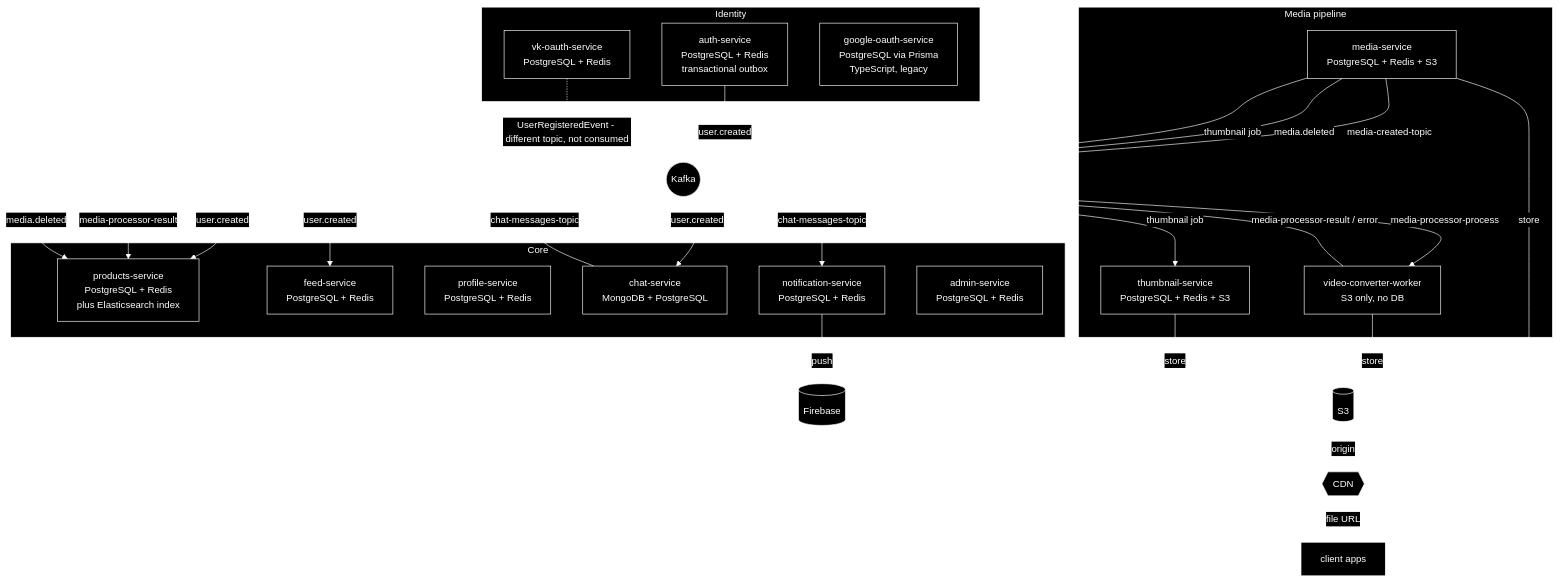
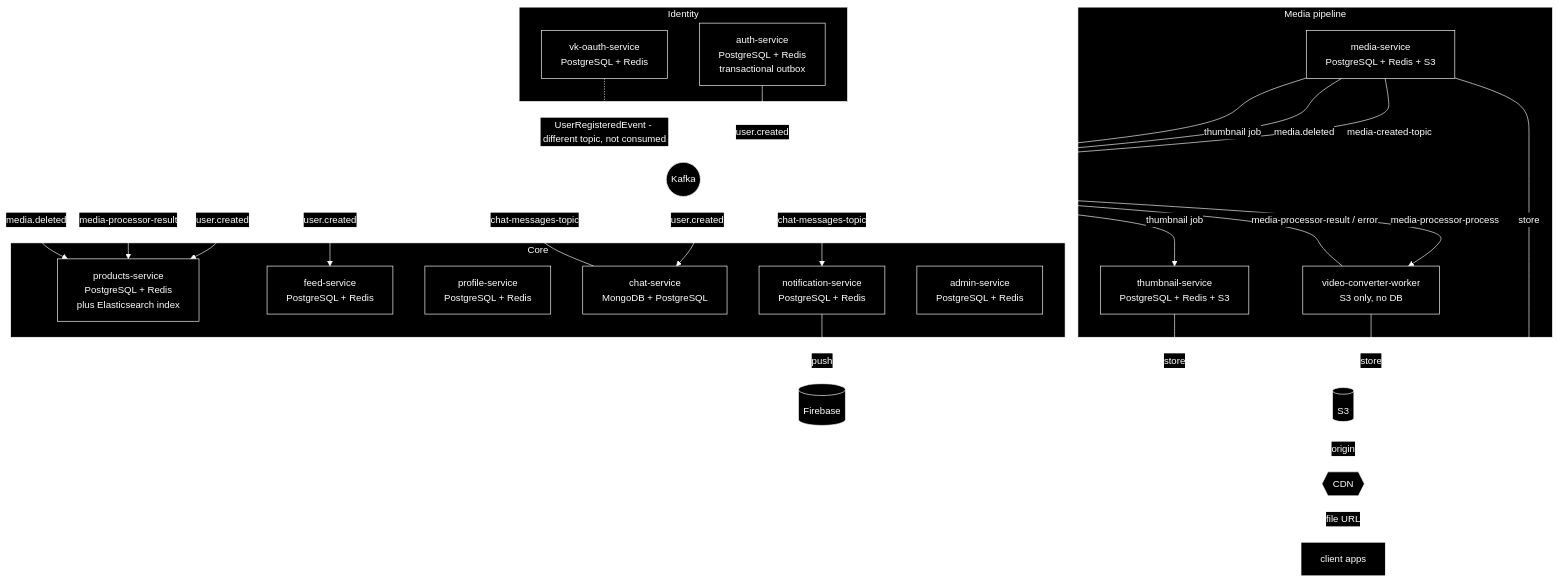
Before and after one commit to v3xtr/matreshka: the diagram in README.md, drawn with Mermaid. The commit also changed other lines of this file, not shown here.

````diff
--- a/README.md
+++ b/README.md
@@ -26,67 +25,66 @@
 ```mermaid
 %%{init: {'theme': 'base', 'themeVariables': {
     'background': '#000000',
     'primaryColor': '#000000',
     'primaryTextColor': '#ffffff',
     'primaryBorderColor': '#ffffff',
     'lineColor': '#ffffff',
     'secondaryColor': '#000000',
     'tertiaryColor': '#000000',
     'clusterBkg': '#000000',
     'clusterBorder': '#ffffff',
     'edgeLabelBackground': '#000000',
     'fontSize': '15px'
 }}}%%
 flowchart TB
     subgraph Identity
         AUTH[auth-service<br/>PostgreSQL + Redis<br/>transactional outbox]
         VK[vk-oauth-service<br/>PostgreSQL + Redis]
-        GOOGLE[google-oauth-service<br/>PostgreSQL via Prisma<br/>TypeScript, legacy]
     end
 
     subgraph Core
         PRODUCTS[products-service<br/>PostgreSQL + Redis<br/>plus Elasticsearch index]
         FEED[feed-service<br/>PostgreSQL + Redis]
         PROFILE[profile-service<br/>PostgreSQL + Redis]
         CHAT[chat-service<br/>MongoDB + PostgreSQL]
         NOTIF[notification-service<br/>PostgreSQL + Redis]
         ADMIN[admin-service<br/>PostgreSQL + Redis]
     end
 
     subgraph MediaPipeline[Media pipeline]
         MEDIA[media-service<br/>PostgreSQL + Redis + S3]
         CONVERTER[video-converter-worker<br/>S3 only, no DB]
         THUMB[thumbnail-service<br/>PostgreSQL + Redis + S3]
     end
 
     KAFKA((Kafka))
 
     AUTH -- user.created --> KAFKA
     KAFKA -- user.created --> PRODUCTS
     KAFKA -- user.created --> FEED
     KAFKA -- user.created --> CHAT
 
     VK -. UserRegisteredEvent - different topic, not consumed .-> KAFKA
 
     MEDIA -- media-created-topic --> KAFKA
     KAFKA -- media-processor-process --> CONVERTER
     CONVERTER -- media-processor-result / error --> KAFKA
     KAFKA -- media-processor-result --> PRODUCTS
     MEDIA -- media.deleted --> KAFKA
     KAFKA -- media.deleted --> PRODUCTS
     MEDIA -- thumbnail job --> KAFKA
     KAFKA -- thumbnail job --> THUMB
 
     CHAT -- chat-messages-topic --> KAFKA
     KAFKA -- chat-messages-topic --> NOTIF
     NOTIF -- push --> FCM[(Firebase)]
 
     S3[(S3)]
     CDN{{CDN}}
 
     MEDIA -- store --> S3
     CONVERTER -- store --> S3
     THUMB -- store --> S3
     S3 -- origin --> CDN
     CDN -- file URL --> CLIENTS[client apps]
 ```
````
